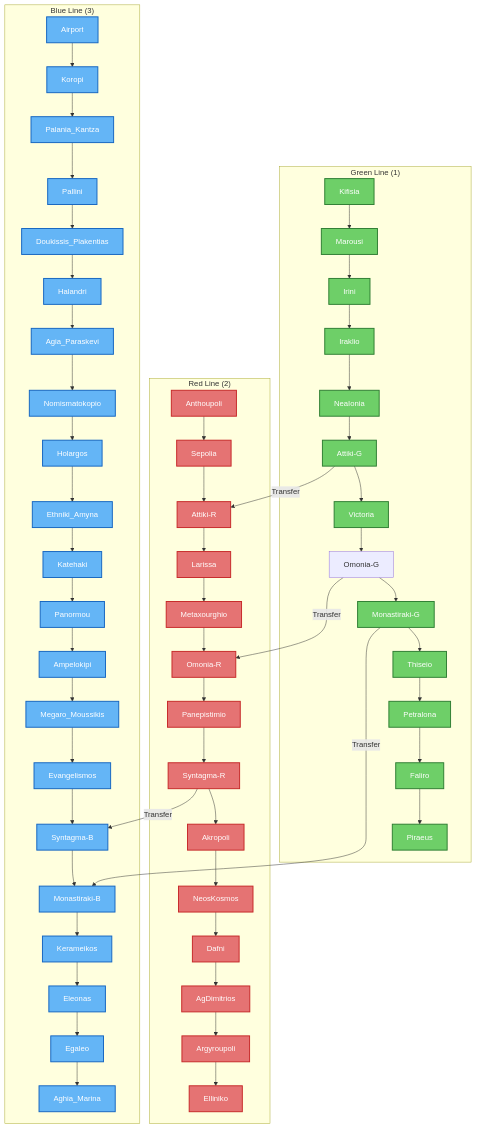
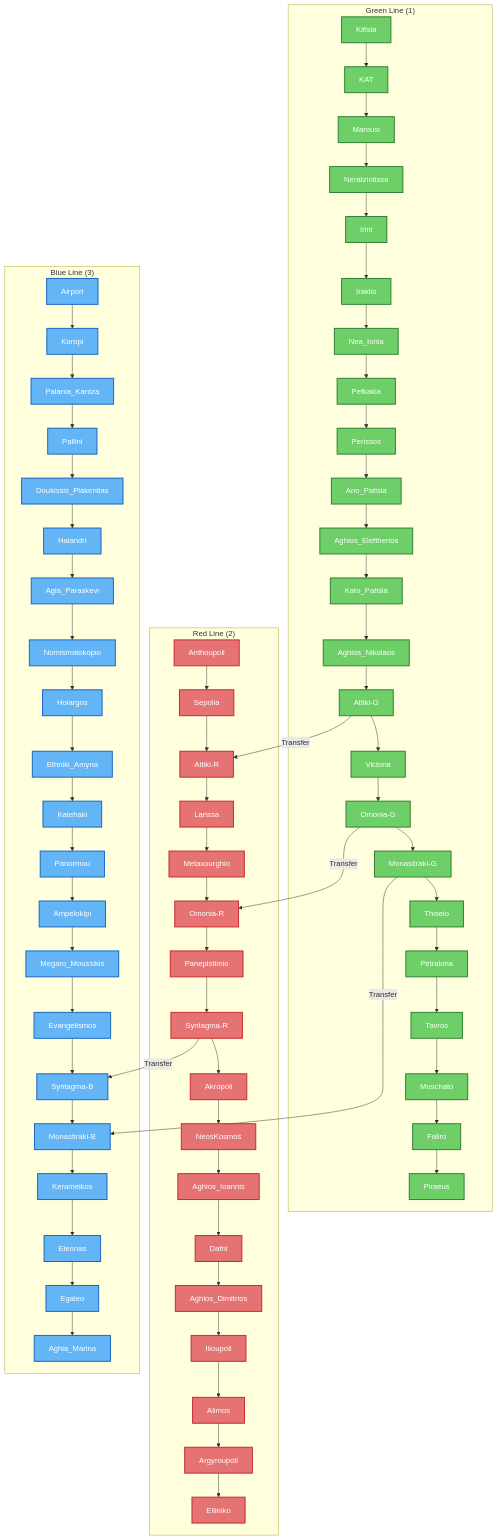
Before and after one commit to SpocWiki/Europe-Greece: the diagram in Regions-Greek/Attica/cities~Attica/Athens.md, drawn with Mermaid.

Commit message:
added remaining Metro Stations

````diff
--- a/Regions-Greek/Attica/cities~Attica/Athens.md
+++ b/Regions-Greek/Attica/cities~Attica/Athens.md
@@ -44,33 +44,33 @@
 ```mermaid
 graph TD;
     %% Line definitions %%
     subgraph Line1_Green["Green Line (1)"]
-    class Line1_Green greenText;  
-    Kifisia --> Marousi --> Irini --> Iraklio --> NeaIonia --> Attiki-G --> Victoria --> Omonia-G --> Monastiraki-G --> Thiseio --> Petralona --> Faliro --> Piraeus
+      class Line1_Green greenText;  
+      Kifisia --> KAT --> Marousi --> Neratziotissa --> Irini --> Iraklio --> Nea_Ionia --> Pefkakia --> Perissos --> Ano_Patisia --> Aghios_Eleftherios --> Kato_Patisia --> Aghios_Nikolaos --> Attiki-G --> Victoria --> Omonia-G --> Monastiraki-G --> Thiseio --> Petralona --> Tavros --> Moschato --> Faliro --> Piraeus 
     end
     
     subgraph Line2_Red["Red Line (2)"]
-    Anthoupoli --> Sepolia --> Attiki-R --> Larissa --> Metaxourghio --> Omonia-R --> Panepistimio --> Syntagma-R --> Akropoli --> NeosKosmos --> Dafni --> AgDimitrios --> Argyroupoli --> Elliniko
+      Anthoupoli --> Sepolia --> Attiki-R --> Larissa --> Metaxourghio --> Omonia-R --> Panepistimio --> Syntagma-R --> Akropoli --> NeosKosmos --> Aghios_Ioannis --> Dafni --> Aghios_Dimitrios --> Ilioupoli --> Alimos --> Argyroupoli --> Elliniko 
     end
     
     subgraph Line3_Blue["Blue Line (3)"]
-    Airport --> Koropi --> Palania_Kantza --> Pallini --> Doukissis_Plakentias --> Halandri --> Agia_Paraskevi --> Nomismatokopio --> Holargos --> Ethniki_Amyna --> Katehaki --> Panormou --> Ampelokipi --> Megaro_Moussikis --> Evangelismos --> Syntagma-B --> Monastiraki-B --> Kerameikos --> Eleonas --> Egaleo --> Aghia_Marina
+      Airport --> Koropi --> Palania_Kantza --> Pallini --> Doukissis_Plakentias --> Halandri --> Agia_Paraskevi --> Nomismatokopio --> Holargos --> Ethniki_Amyna --> Katehaki --> Panormou --> Ampelokipi --> Megaro_Moussikis --> Evangelismos --> Syntagma-B --> Monastiraki-B --> Kerameikos --> Eleonas --> Egaleo --> Aghia_Marina
     end
     
     %% Intersection Points %%
     Monastiraki-G--Transfer-->Monastiraki-B
     Omonia-G--Transfer-->Omonia-R
     Attiki-G --Transfer --> Attiki-R
     Syntagma-R -- Transfer --> Syntagma-B 
 
 
     %% Custom styles for each line %%
-    class Kifisia,Marousi,Irini,Iraklio,NeaIonia,Attiki-G,Victoria,Omonia1,Monastiraki-G,Thiseio,Petralona,Faliro,Piraeus greenText;
-    class Anthoupoli,Sepolia,Attiki-R,Larissa,Metaxourghio,Omonia-R,Panepistimio,Syntagma-R,Akropoli,NeosKosmos,Dafni,AgDimitrios,Argyroupoli,Elliniko redText;
+    class Kifisia,KAT,Marousi,Neratziotissa,Irini,Iraklio,Nea_Ionia,Pefkakia,Perissos,Ano_Patisia,Aghios_Eleftherios,Kato_Patisia,Aghios_Nikolaos,Attiki-G,Victoria,Omonia-G,Monastiraki-G,Thiseio,Petralona,Tavros,Moschato,Faliro,Piraeus greenText;
+    class Anthoupoli,Sepolia,Attiki-R,Larissa,Metaxourghio,Omonia-R,Panepistimio,Syntagma-R,Akropoli,NeosKosmos,Aghios_Ioannis,Dafni,Aghios_Dimitrios,Ilioupoli,Alimos,Argyroupoli,Elliniko redText;
     class Airport,Koropi,Palania_Kantza,Pallini,Doukissis_Plakentias,Halandri,Agia_Paraskevi,Nomismatokopio,Holargos,Ethniki_Amyna,Katehaki,Panormou,Ampelokipi,Megaro_Moussikis,Evangelismos,Syntagma-B,Monastiraki-B,Kerameikos,Eleonas,Egaleo,Aghia_Marina blueText;
 
     %% Class Definitions %%
     classDef greenText fill:#6ECF68,stroke:#2E7D32,stroke-width:2px,color:#FFFFFF;
     classDef redText fill:#E57373,stroke:#C62828,stroke-width:2px,color:#FFFFFF;
     classDef blueText fill:#64B5F6,stroke:#1565C0,stroke-width:2px,color:#FFFFFF;
 ```
````
